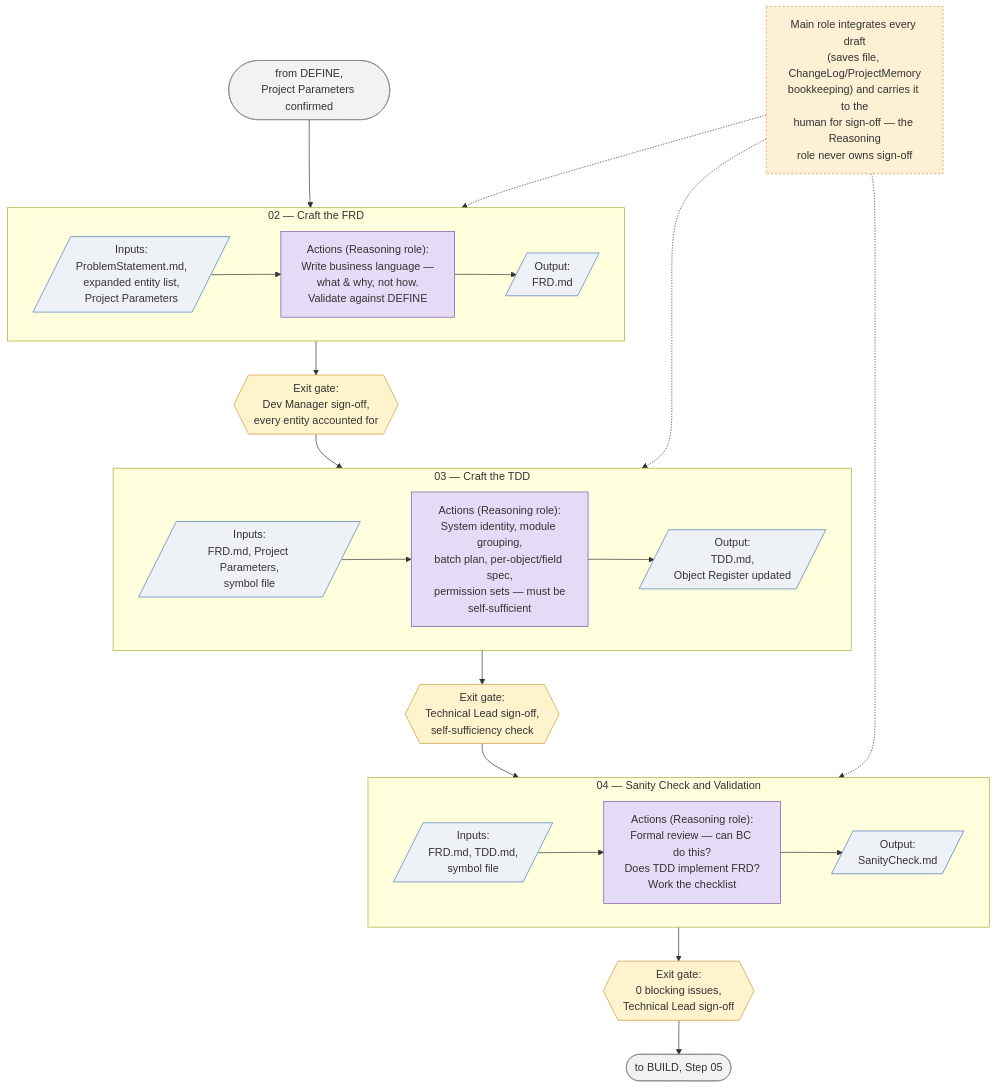
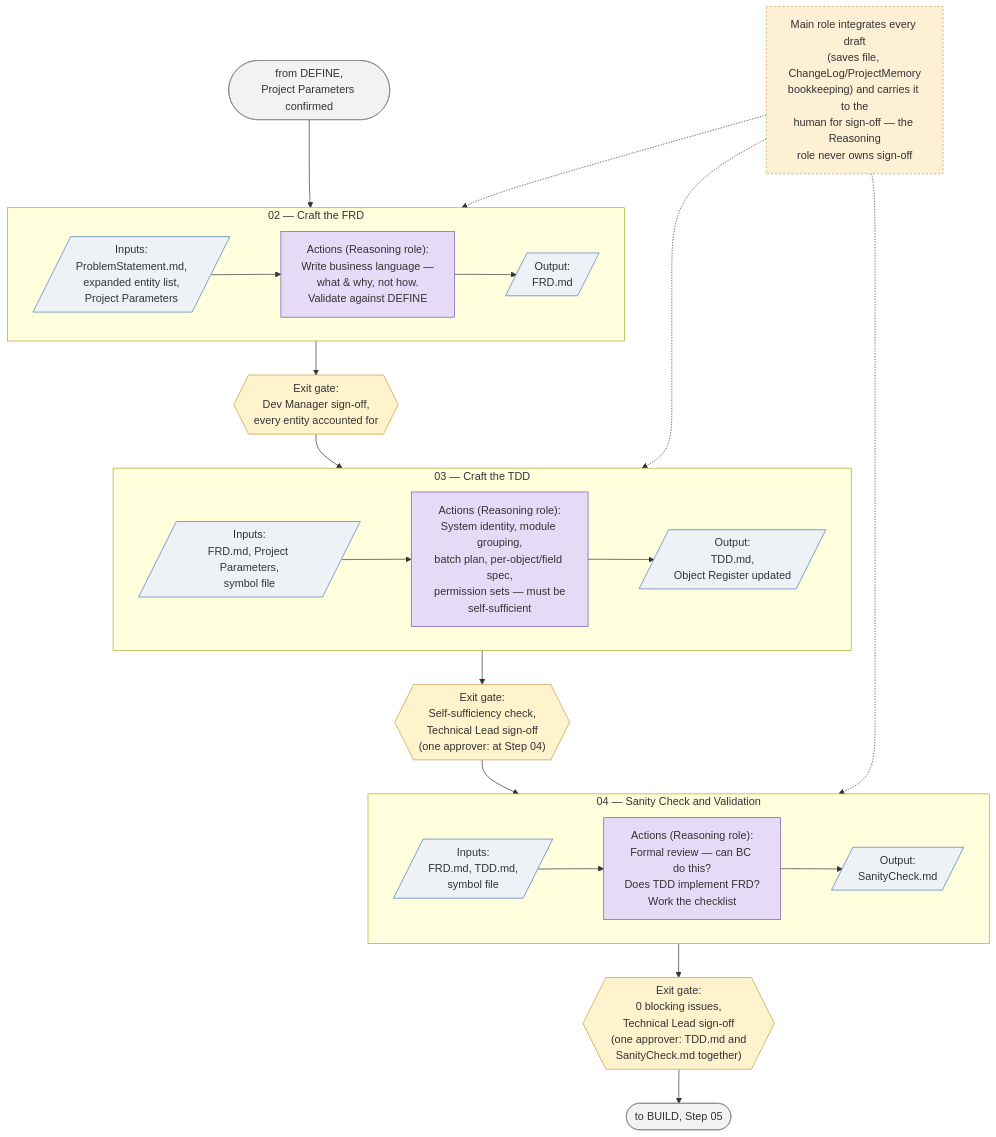
One commit to ajansari/ocpfBcAgenticDevFramework changed the fourth of 8 diagrams in fullVersion/RunbookSchematics.md. Above: the diagram before and after it, drawn with Mermaid. The commit also changed other lines of this file and 21 other files, not shown here.

````diff
--- a/fullVersion/RunbookSchematics.md
+++ b/fullVersion/RunbookSchematics.md
@@ -164,42 +164,42 @@
 ```mermaid
 flowchart TD
     Start(["from DEFINE,<br/>Project Parameters confirmed"]) --> S02
 
     subgraph S02["02 — Craft the FRD"]
         direction LR
         In1[/"Inputs:<br/>ProblemStatement.md,<br/>expanded entity list,<br/>Project Parameters"/] --> Act1["Actions (Reasoning role):<br/>Write business language —<br/>what & why, not how.<br/>Validate against DEFINE"] --> Out1[/"Output:<br/>FRD.md"/]
     end
     S02 --> Gate1{{"Exit gate:<br/>Dev Manager sign-off,<br/>every entity accounted for"}}
 
     Gate1 --> S03
     subgraph S03["03 — Craft the TDD"]
         direction LR
         In2[/"Inputs:<br/>FRD.md, Project Parameters,<br/>symbol file"/] --> Act2["Actions (Reasoning role):<br/>System identity, module grouping,<br/>batch plan, per-object/field spec,<br/>permission sets — must be<br/>self-sufficient"] --> Out2[/"Output:<br/>TDD.md,<br/>Object Register updated"/]
     end
-    S03 --> Gate2{{"Exit gate:<br/>Technical Lead sign-off,<br/>self-sufficiency check"}}
+    S03 --> Gate2{{"Exit gate:<br/>Self-sufficiency check,<br/>Technical Lead sign-off<br/>(one approver: at Step 04)"}}
 
     Gate2 --> S04
     subgraph S04["04 — Sanity Check and Validation"]
         direction LR
         In3[/"Inputs:<br/>FRD.md, TDD.md,<br/>symbol file"/] --> Act3["Actions (Reasoning role):<br/>Formal review — can BC do this?<br/>Does TDD implement FRD?<br/>Work the checklist"] --> Out3[/"Output:<br/>SanityCheck.md"/]
     end
-    S04 --> Gate3{{"Exit gate:<br/>0 blocking issues,<br/>Technical Lead sign-off"}}
+    S04 --> Gate3{{"Exit gate:<br/>0 blocking issues,<br/>Technical Lead sign-off<br/>(one approver: TDD.md and<br/>SanityCheck.md together)"}}
 
     Gate3 --> Next(["to BUILD, Step 05"])
 
     Note["Main role integrates every draft<br/>(saves file, ChangeLog/ProjectMemory<br/>bookkeeping) and carries it to the<br/>human for sign-off — the Reasoning<br/>role never owns sign-off"]
     Note -.-> S02
     Note -.-> S03
     Note -.-> S04
 
     classDef io fill:#eef2f7,stroke:#4a7ab5,stroke-width:1px;
     classDef act fill:#e6dbf7,stroke:#7d52a8,stroke-width:1px;
     classDef gate fill:#fff3cd,stroke:#c99a3a,stroke-width:1px;
     classDef endpoint fill:#f2f2f2,stroke:#888,stroke-width:1px;
     classDef note fill:#fdf0d5,stroke:#c99a3a,stroke-width:1px,stroke-dasharray: 3 3;
     class In1,Out1,In2,Out2,In3,Out3 io;
     class Act1,Act2,Act3 act;
     class Gate1,Gate2,Gate3 gate;
     class Start,Next endpoint;
     class Note note;
 ```
````
